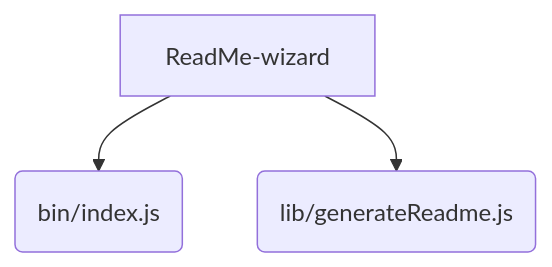
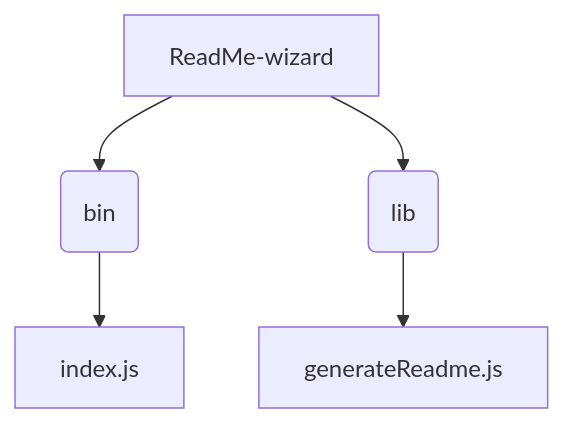
One commit to PIYUSH1SAINI/ReadMe-wiz changed the second of 2 diagrams in README.md. Above: the diagram before and after it, drawn with Mermaid. The commit also changed other lines of this file and 3 other files, not shown here.

````diff
--- a/README.md
+++ b/README.md
@@ -24,5 +24,8 @@
 ```mermaid
 graph TD
-    A[ReadMe-wizard] --> B("bin/index.js");
-    A --> C("lib/generateReadme.js");
+    A[ReadMe-wizard] --> B(bin);
+    B --> C[index.js];
+    A --> D(lib);
+    D --> E[generateReadme.js];
+
 ```
````
